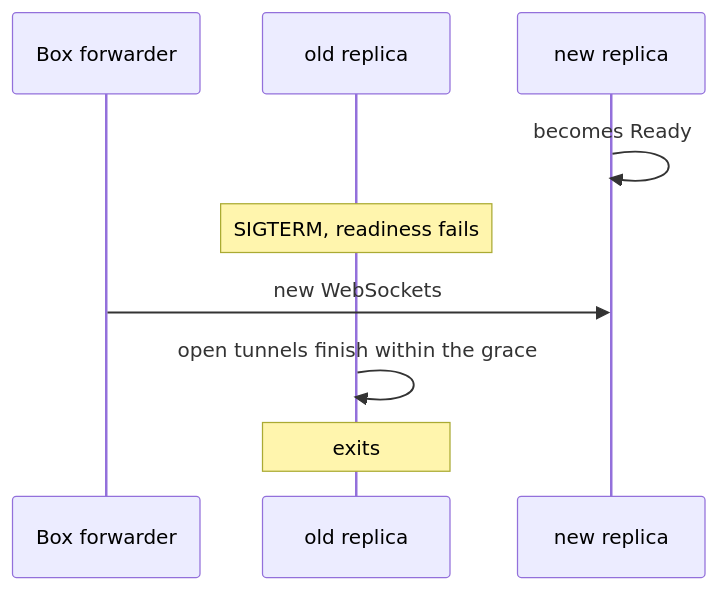
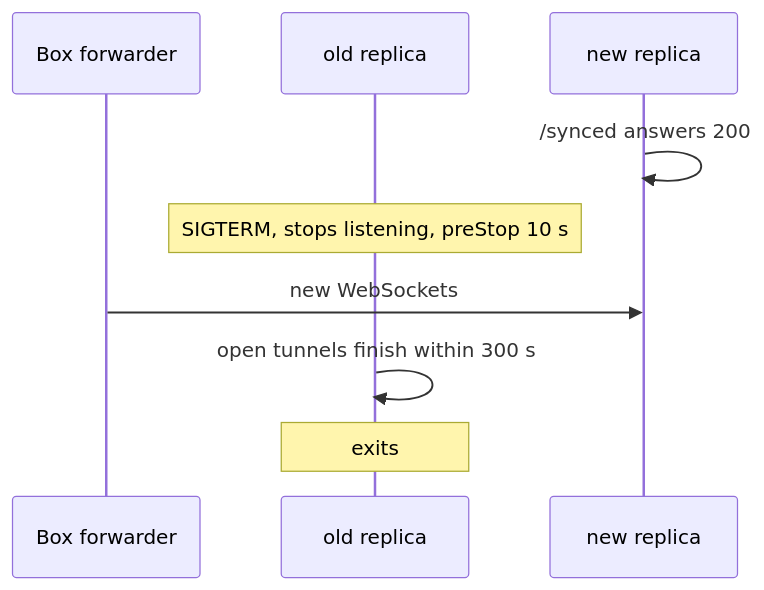
One commit to IniZio/moor changed the third of 3 diagrams in docs/specs/deploy-invisible-boxes.md. Above: the diagram before and after it, drawn with Mermaid. The commit also changed other lines of this file, not shown here.

````diff
--- a/docs/specs/deploy-invisible-boxes.md
+++ b/docs/specs/deploy-invisible-boxes.md
@@ -122,11 +97,11 @@
 ```mermaid
 sequenceDiagram
   participant B as Box forwarder
   participant O as old replica
   participant N as new replica
-  N->>N: becomes Ready
-  Note over O: SIGTERM, readiness fails
+  N->>N: /synced answers 200
+  Note over O: SIGTERM, stops listening, preStop 10 s
   B->>N: new WebSockets
-  O->>O: open tunnels finish within the grace
+  O->>O: open tunnels finish within 300 s
   Note over O: exits
 ```
````
